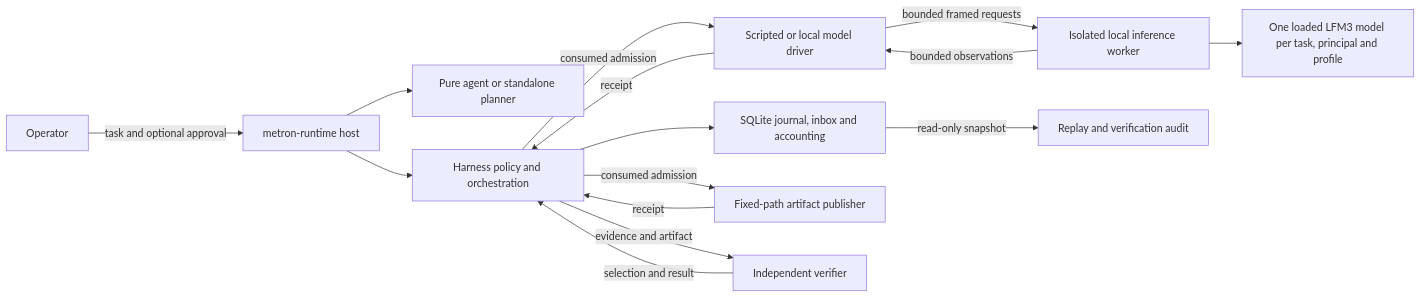
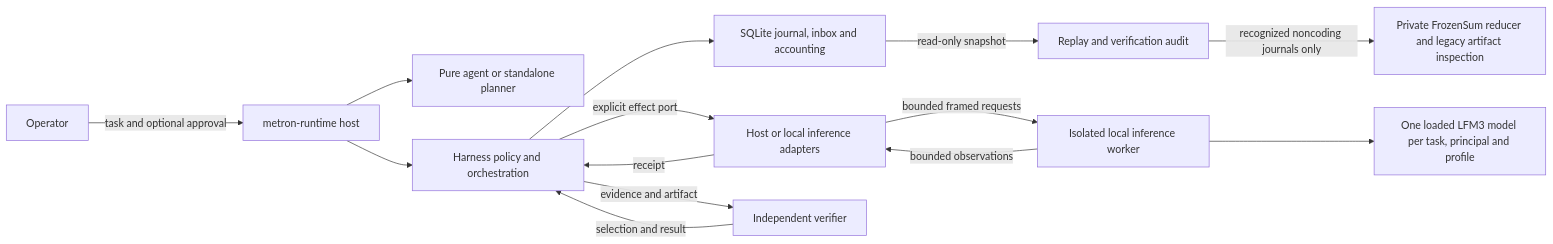
Before and after one commit to kmosoti/Metron: the diagram in docs/agent-harness.md, drawn with Mermaid. The commit also changed other lines of this file and 46 other files, not shown here.

````diff
--- a/docs/agent-harness.md
+++ b/docs/agent-harness.md
@@ -14,17 +14,16 @@
 ```mermaid
 flowchart LR
     User[Operator] -->|task and optional approval| Host[metron-runtime host]
     Host --> Agent[Pure agent or standalone planner]
     Host --> Harness[Harness policy and orchestration]
     Harness --> Store[SQLite journal, inbox and accounting]
-    Harness -->|consumed admission| Driver[Scripted or local model driver]
-    Driver -->|bounded framed requests| Worker[Isolated local inference worker]
+    Harness -->|explicit effect port| Effects[Host or local inference adapters]
+    Effects -->|bounded framed requests| Worker[Isolated local inference worker]
     Worker --> Model[One loaded LFM3 model per task, principal and profile]
-    Worker -->|bounded observations| Driver
-    Harness -->|consumed admission| Publisher[Fixed-path artifact publisher]
-    Driver -->|receipt| Harness
-    Publisher -->|receipt| Harness
+    Worker -->|bounded observations| Effects
+    Effects -->|receipt| Harness
     Harness -->|evidence and artifact| Verifier[Independent verifier]
     Verifier -->|selection and result| Harness
     Store -->|read-only snapshot| Audit[Replay and verification audit]
+    Audit -->|recognized noncoding journals only| Legacy[Private FrozenSum reducer and legacy artifact inspection]
 ```
````
